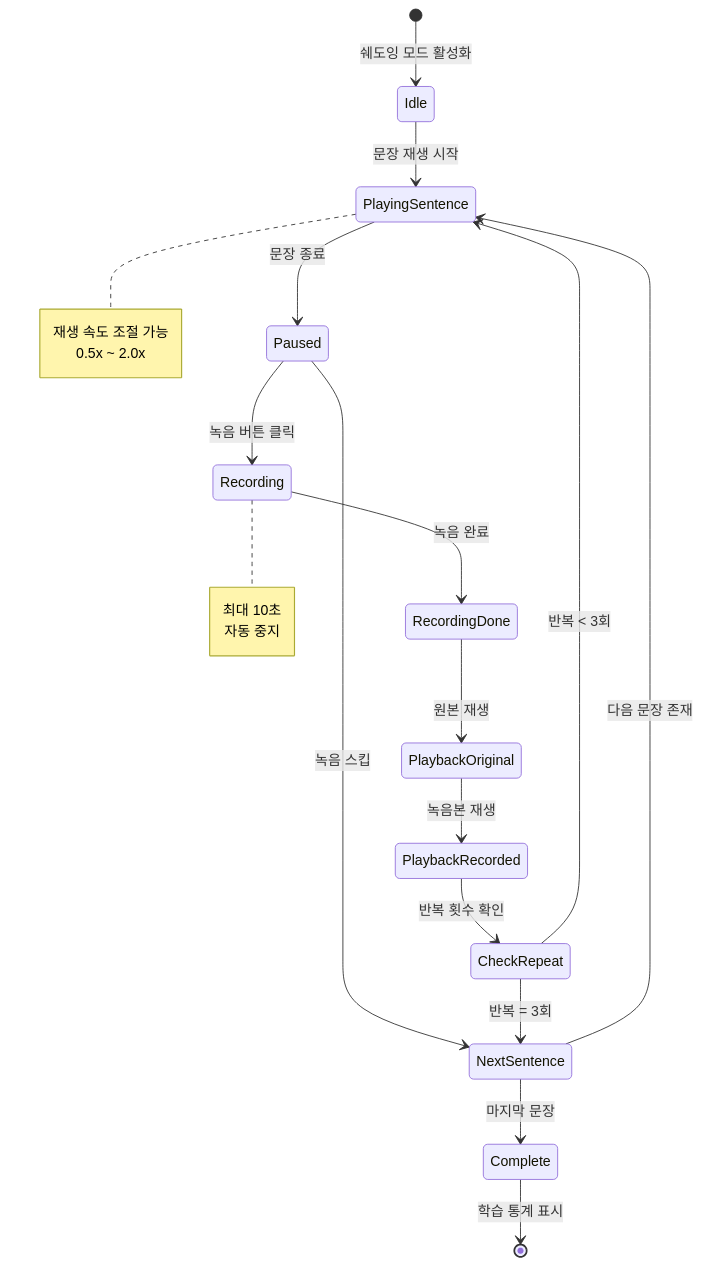
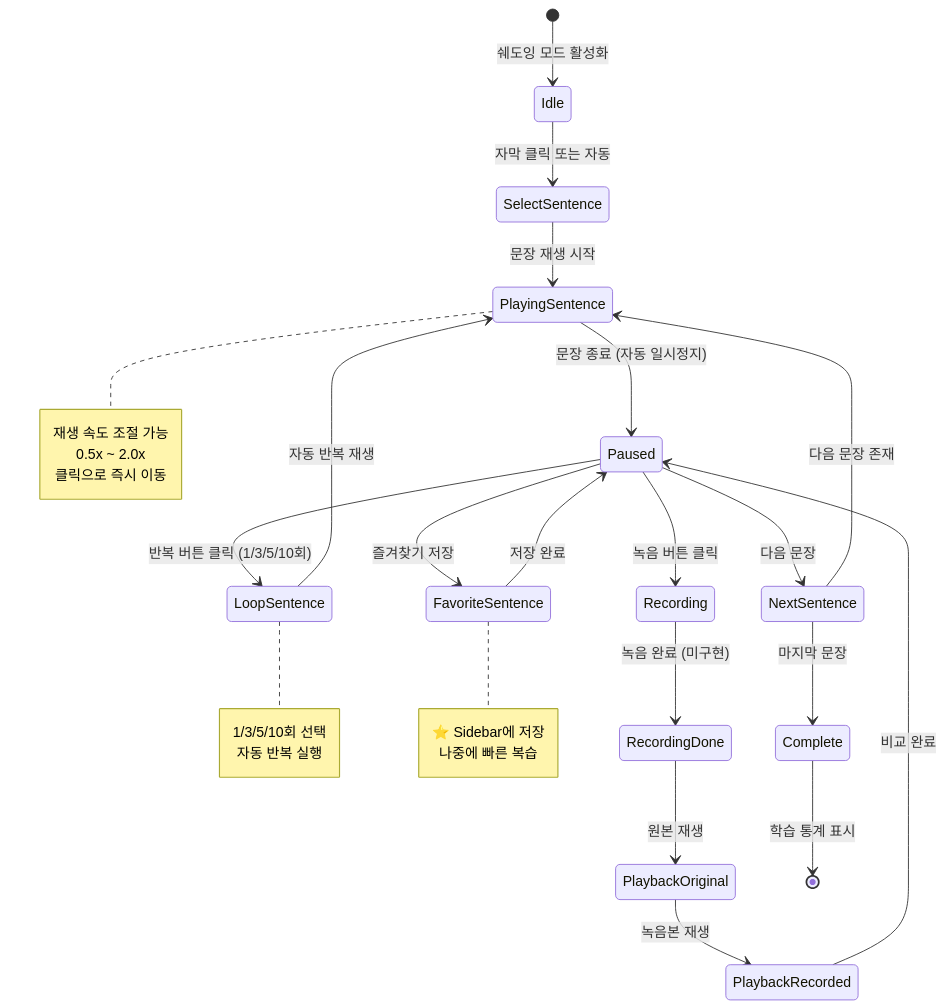
One commit to goodsw4all/Shawdowing changed the ninth of 15 diagrams in SPEC.md. Above: the diagram before and after it, drawn with Mermaid. The commit also changed other lines of this file and 13 other files, not shown here.

````diff
--- a/SPEC.md
+++ b/SPEC.md
@@ -695,33 +803,43 @@
 ```mermaid
 stateDiagram-v2
     [*] --> Idle: 쉐도잉 모드 활성화
     
-    Idle --> PlayingSentence: 문장 재생 시작
-    PlayingSentence --> Paused: 문장 종료
+    Idle --> SelectSentence: 자막 클릭 또는 자동
+    SelectSentence --> PlayingSentence: 문장 재생 시작
+    PlayingSentence --> Paused: 문장 종료 (자동 일시정지)
     
+    Paused --> LoopSentence: 반복 버튼 클릭 (1/3/5/10회)
     Paused --> Recording: 녹음 버튼 클릭
-    Paused --> NextSentence: 녹음 스킵
+    Paused --> NextSentence: 다음 문장
+    Paused --> FavoriteSentence: 즐겨찾기 저장
     
-    Recording --> RecordingDone: 녹음 완료
+    LoopSentence --> PlayingSentence: 자동 반복 재생
+    
+    FavoriteSentence --> Paused: 저장 완료
+    
+    Recording --> RecordingDone: 녹음 완료 (미구현)
     RecordingDone --> PlaybackOriginal: 원본 재생
     PlaybackOriginal --> PlaybackRecorded: 녹음본 재생
-    PlaybackRecorded --> CheckRepeat: 반복 횟수 확인
-    
-    CheckRepeat --> PlayingSentence: 반복 < 3회
-    CheckRepeat --> NextSentence: 반복 = 3회
+    PlaybackRecorded --> Paused: 비교 완료
     
     NextSentence --> PlayingSentence: 다음 문장 존재
     NextSentence --> Complete: 마지막 문장
     
     Complete --> [*]: 학습 통계 표시
     
     note right of PlayingSentence
         재생 속도 조절 가능
         0.5x ~ 2.0x
+        클릭으로 즉시 이동
     end note
     
-    note right of Recording
-        최대 10초
-        자동 중지
+    note right of LoopSentence
+        1/3/5/10회 선택
+        자동 반복 실행
+    end note
+    
+    note right of FavoriteSentence
+        ⭐️ Sidebar에 저장
+        나중에 빠른 복습
     end note
 ```
````
